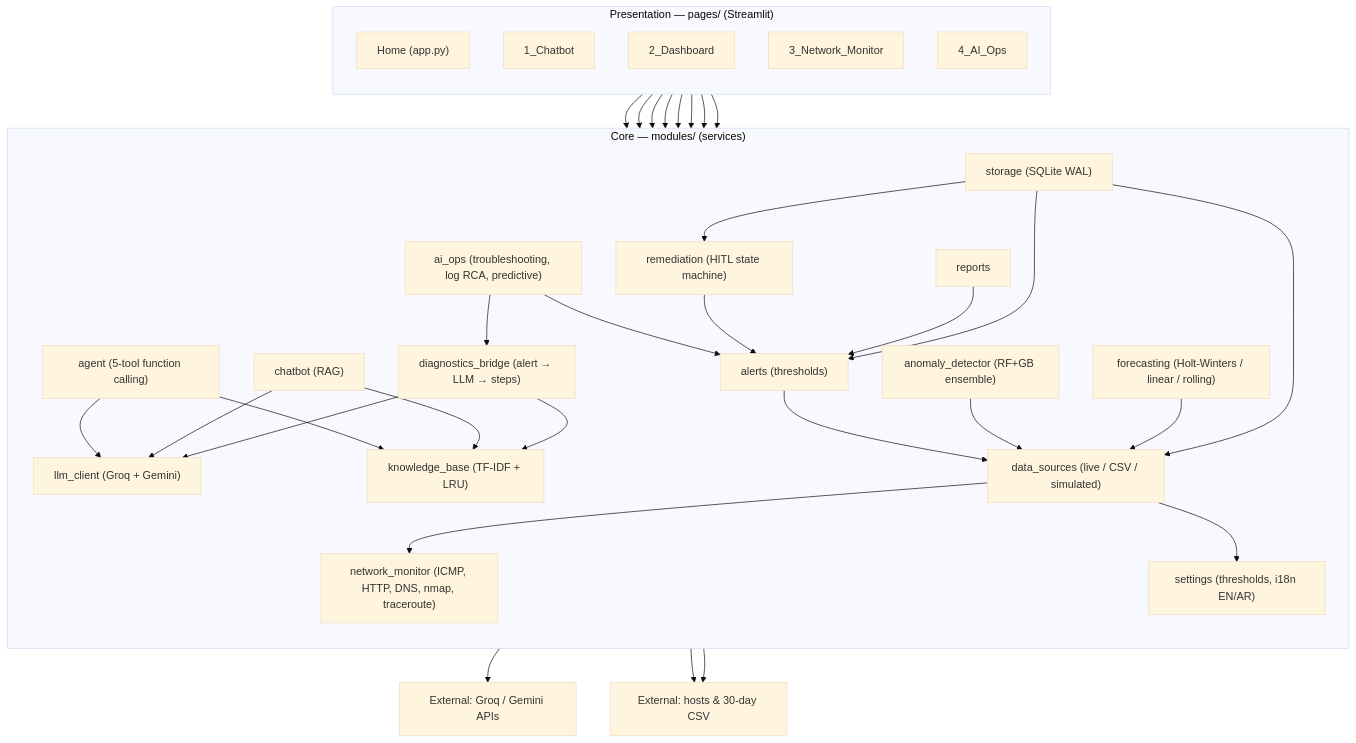
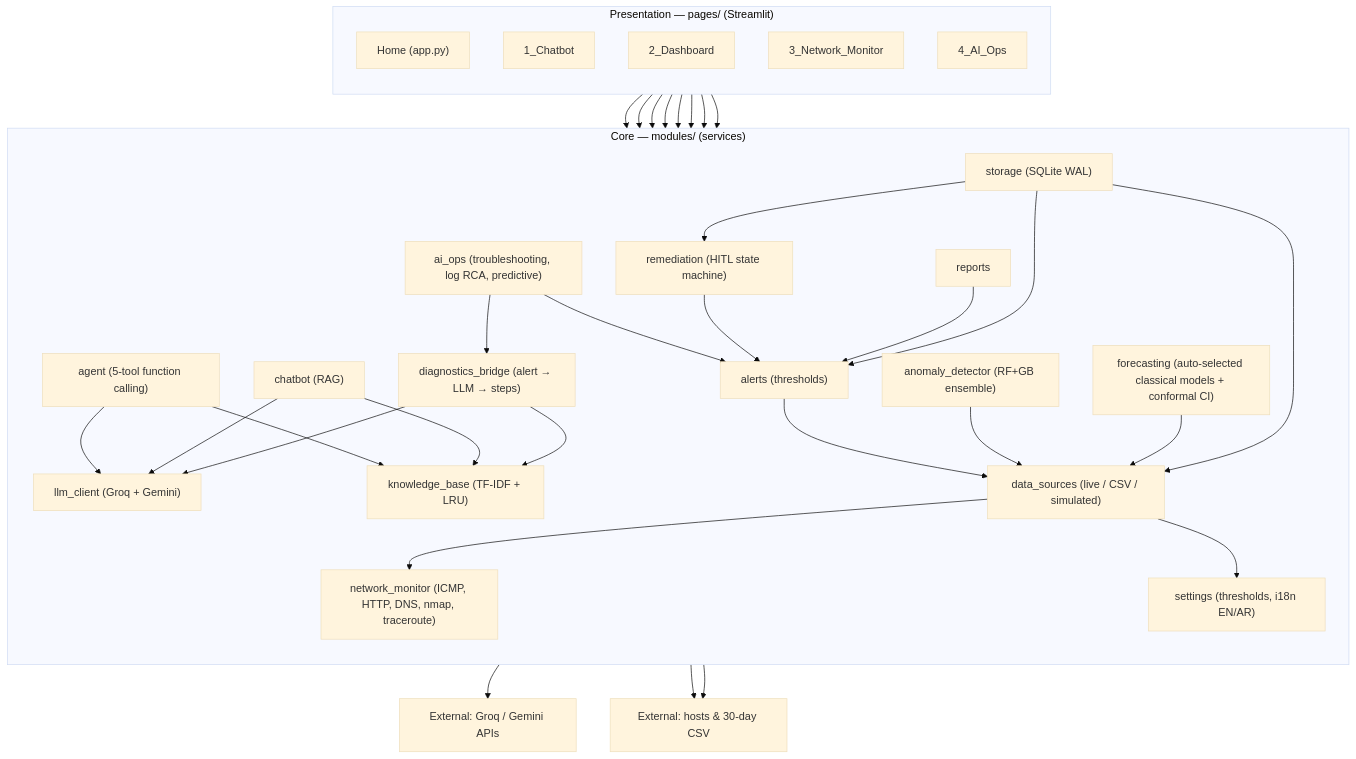
Before and after one commit to Mshabrawy-m/AI-Smart-Bot-for-Network-Management: the diagram in README.md, drawn with Mermaid (base theme). The commit also changed other lines of this file and 1 other file, not shown here.

Commit message:
feat: validation-driven forecasting with conformal CIs and subprocess LSTM

````diff
--- a/README.md
+++ b/README.md
@@ -91,66 +91,66 @@
 ```mermaid
 flowchart TB
     subgraph PRE["Presentation — pages/ (Streamlit)"]
         direction TB
         P1["Home (app.py)"]
         P2["1_Chatbot"]
         P3["2_Dashboard"]
         P4["3_Network_Monitor"]
         P5["4_AI_Ops"]
     end
 
     subgraph CORE["Core — modules/ (services)"]
         direction TB
         LLM["llm_client (Groq + Gemini)"]
         AG["agent (5-tool function calling)"]
         CB["chatbot (RAG)"]
         KB["knowledge_base (TF-IDF + LRU)"]
         DI["diagnostics_bridge (alert → LLM → steps)"]
         AO["ai_ops (troubleshooting, log RCA, predictive)"]
         AD["anomaly_detector (RF+GB ensemble)"]
-        FC["forecasting (Holt-Winters / linear / rolling)"]
+        FC["forecasting (auto-selected classical models + conformal CI)"]
         AL["alerts (thresholds)"]
         RM["remediation (HITL state machine)"]
         RPT["reports"]
         ST["storage (SQLite WAL)"]
         DS["data_sources (live / CSV / simulated)"]
         NM["network_monitor (ICMP, HTTP, DNS, nmap, traceroute)"]
         SET["settings (thresholds, i18n EN/AR)"]
     end
 
     ext1["External: Groq / Gemini APIs"]
     ext2["External: hosts & 30-day CSV"]
 
     P2 --> AG
     P2 --> CB
     P3 --> NM
     P3 --> DS
     P4 --> AD
     P4 --> AO
     P4 --> RM
     P5 --> RPT
 
     AG --> KB
     AG --> LLM
     CB --> KB
     CB --> LLM
     DI --> KB
     DI --> LLM
     AO --> DI
     AO --> AL
     AL --> DS
     AD --> DS
     FC --> DS
     RM --> AL
     RPT --> AL
 
     DS --> NM
     DS --> SET
     ST --> AL
     ST --> RM
     ST --> DS
 
     LLM --> ext1
     NM --> ext2
     DS --> ext2
 ```
````
